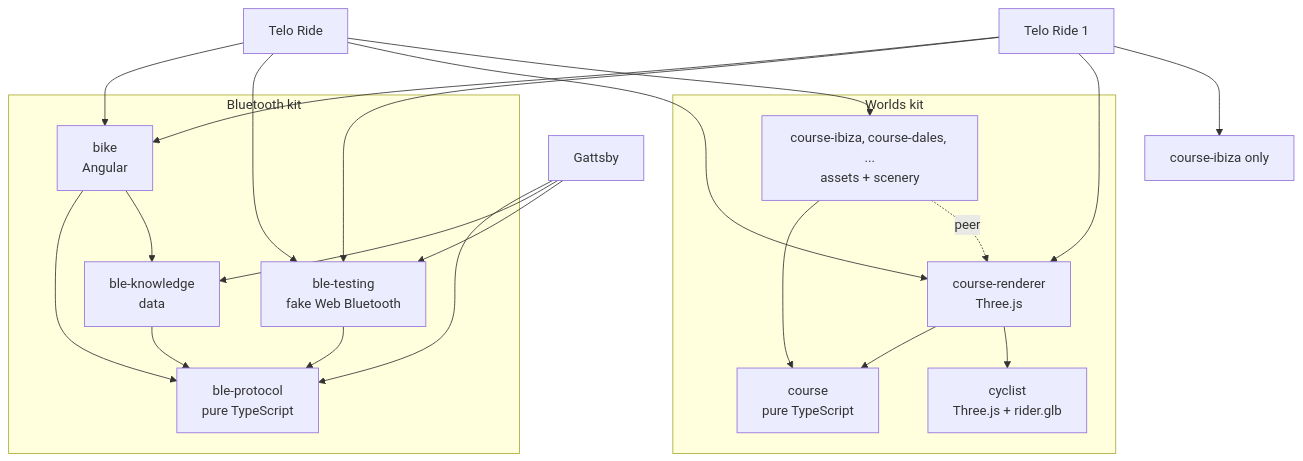
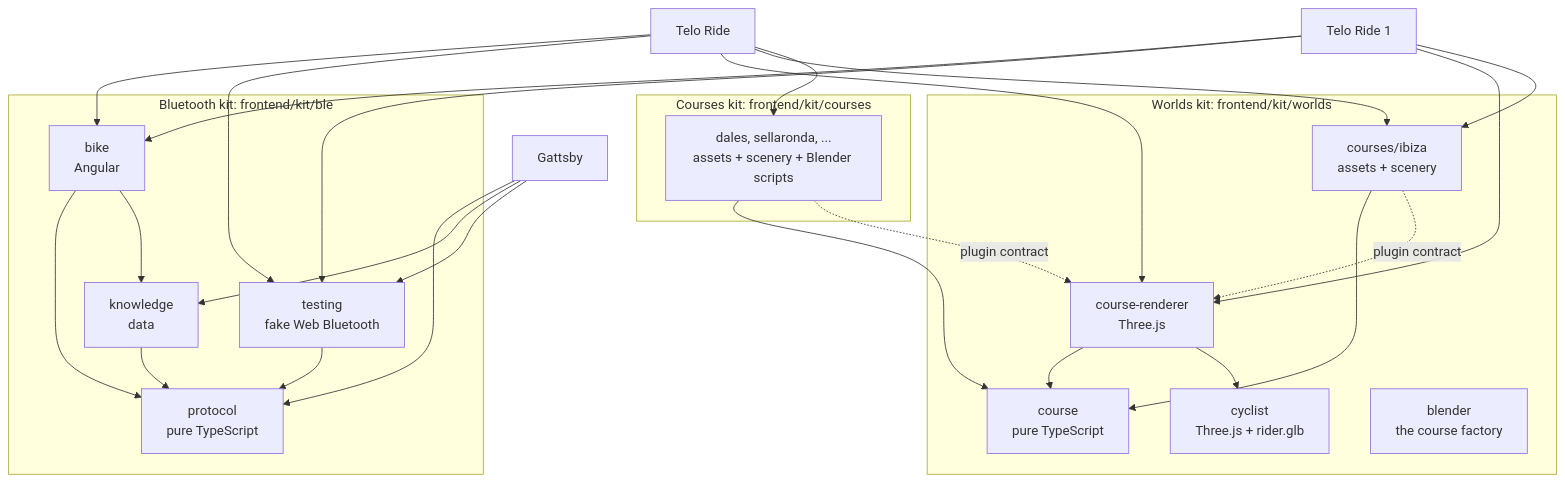
One commit to QuinntyneBrown/wattzup changed the diagram in docs/code-sharing-strategy.md. Above: the diagram before and after it, drawn with Mermaid. The commit also changed other lines of this file, not shown here.

First line of the commit message:
Share the kits as git submodules; Ibiza is Telo Ride 1's build

````diff
--- a/docs/code-sharing-strategy.md
+++ b/docs/code-sharing-strategy.md
@@ -143,27 +165,32 @@
 ```mermaid
 flowchart TD
-  subgraph ble["Bluetooth kit"]
-    P["ble-protocol<br/>pure TypeScript"]
-    K["ble-knowledge<br/>data"]
-    T["ble-testing<br/>fake Web Bluetooth"]
+  subgraph ble["Bluetooth kit: frontend/kit/ble"]
+    P["protocol<br/>pure TypeScript"]
+    K["knowledge<br/>data"]
+    T["testing<br/>fake Web Bluetooth"]
     B["bike<br/>Angular"]
     K --> P
     T --> P
     B --> P
     B --> K
   end
-  subgraph worlds["Worlds kit"]
+  subgraph worlds["Worlds kit: frontend/kit/worlds"]
     C["course<br/>pure TypeScript"]
     Y["cyclist<br/>Three.js + rider.glb"]
     R["course-renderer<br/>Three.js"]
-    X["course-ibiza, course-dales, ...<br/>assets + scenery"]
+    I["courses/ibiza<br/>assets + scenery"]
+    F["blender<br/>the course factory"]
     R --> C
     R --> Y
-    X --> C
-    X -. "peer" .-> R
+    I --> C
   end
+  subgraph courses["Courses kit: frontend/kit/courses"]
+    X["dales, sellaronda, ...<br/>assets + scenery + Blender scripts"]
+  end
+  X --> C
+  X -. "plugin contract" .-> R
+  I -. "plugin contract" .-> R
   G["Gattsby"] --> P & K & T
-  W["Telo Ride"] --> B & T & R & X
-  O["Telo Ride 1"] --> B & T & R
-  O --> I["course-ibiza only"]
+  W["Telo Ride"] --> B & T & R & I & X
+  O["Telo Ride 1"] --> B & T & R & I
 ```
````
